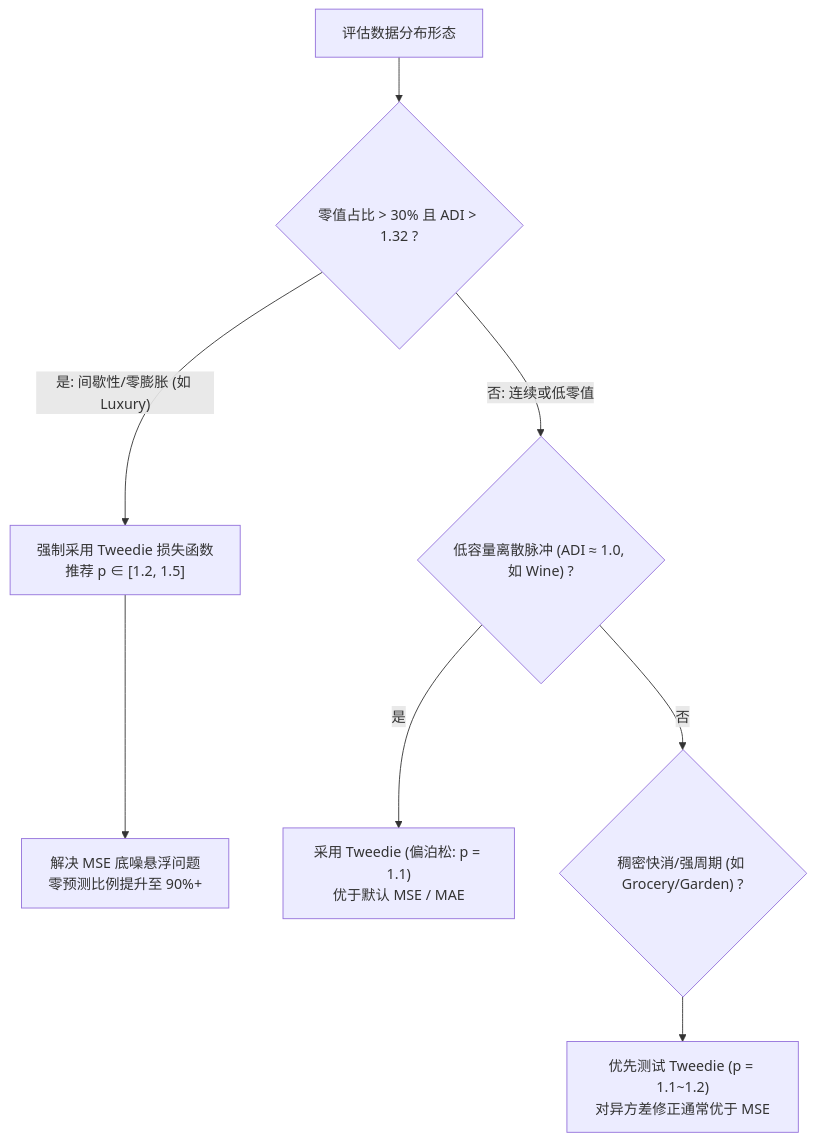
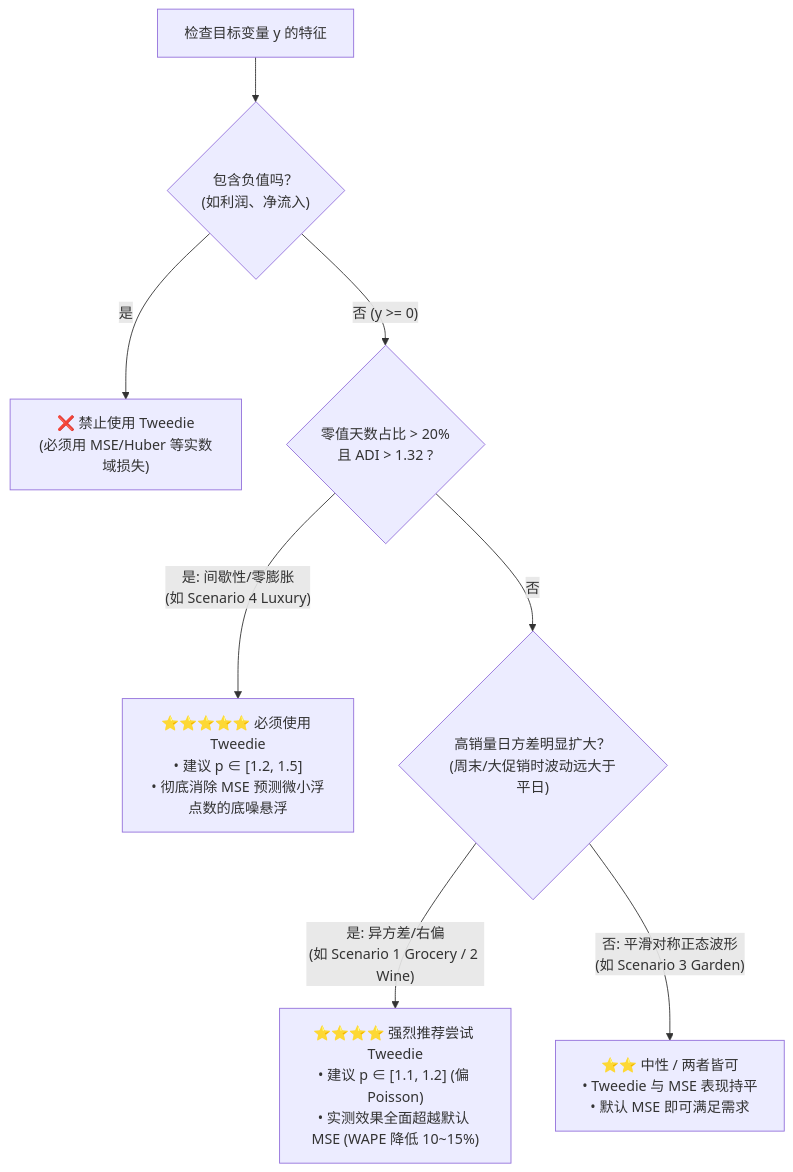
One commit to cuicaihao/retail-demand-forecast changed the diagram in docs/reports/2026-11-03-gbdt-tweedie-validation-report.md. Above: the diagram before and after it, drawn with Mermaid. The commit also changed other lines of this file, not shown here.

Commit message:
docs(reports): integrate comprehensive Tweedie selection QA and decision tree

````diff
--- a/docs/reports/2026-11-03-gbdt-tweedie-validation-report.md
+++ b/docs/reports/2026-11-03-gbdt-tweedie-validation-report.md
@@ -293,11 +297,14 @@
 ```mermaid
 flowchart TD
-    Start["评估数据分布形态"] --> CheckZero{"零值占比 > 30% 且 ADI > 1.32 ?"}
-    CheckZero -- "是: 间歇性/零膨胀 (如 Luxury)" --> Intermittent["强制采用 Tweedie 损失函数<br/>推荐 p ∈ [1.2, 1.5]"]
-    Intermittent --> FixZero["解决 MSE 底噪悬浮问题<br/>零预测比例提升至 90%+"]
-
-    CheckZero -- "否: 连续或低零值" --> CheckCount{"低容量离散脉冲 (ADI ≈ 1.0, 如 Wine) ?"}
-    CheckCount -- "是" --> Pulse["采用 Tweedie (偏泊松: p = 1.1)<br/>优于默认 MSE / MAE"]
-    CheckCount -- "否" --> Dense{"稠密快消/强周期 (如 Grocery/Garden) ?"}
-    Dense --> DenseOption["优先测试 Tweedie (p = 1.1~1.2)<br/>对异方差修正通常优于 MSE"]
+    Start["检查目标变量 y 的特征"] --> CheckNeg{"包含负值吗？<br/>(如利润、净流入)"}
+    CheckNeg -- "是" --> NoTweedie["❌ 禁止使用 Tweedie<br/>(必须用 MSE/Huber 等实数域损失)"]
+    CheckNeg -- "否 (y >= 0)" --> CheckZero{"零值天数占比 > 20%<br/>且 ADI > 1.32 ?"}
+    
+    CheckZero -- "是: 间歇性/零膨胀<br/>(如 Scenario 4 Luxury)" --> MustTweedie["⭐⭐⭐⭐⭐ 必须使用 Tweedie<br/>• 建议 p ∈ [1.2, 1.5]<br/>• 彻底消除 MSE 预测微小浮点数的底噪悬浮"]
+    
+    CheckZero -- "否" --> CheckVariance{"高销量日方差明显扩大？<br/>(周末/大促销时波动远大于平日)"}
+    
+    CheckVariance -- "是: 异方差/右偏<br/>(如 Scenario 1 Grocery / 2 Wine)" --> RecTweedie["⭐⭐⭐⭐ 强烈推荐尝试 Tweedie<br/>• 建议 p ∈ [1.1, 1.2] (偏 Poisson)<br/>• 实测效果全面超越默认 MSE (WAPE 降低 10~15%)"]
+    
+    CheckVariance -- "否: 平滑对称正态波形<br/>(如 Scenario 3 Garden)" --> OptionalTweedie["⭐⭐ 中性 / 两者皆可<br/>• Tweedie 与 MSE 表现持平<br/>• 默认 MSE 即可满足需求"]
 ```
````
